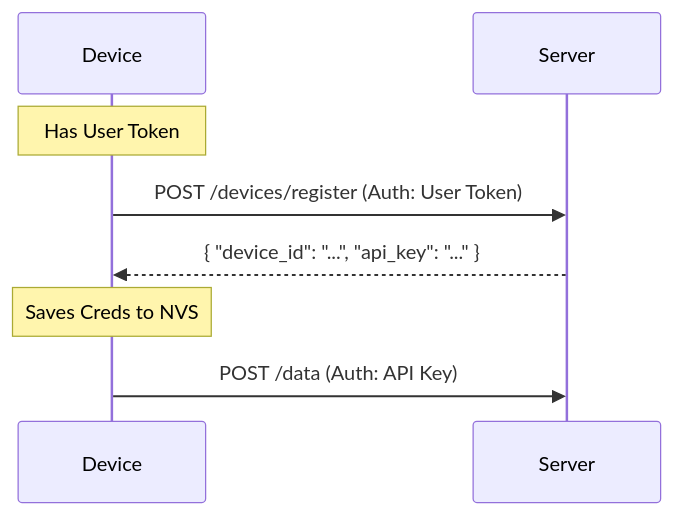
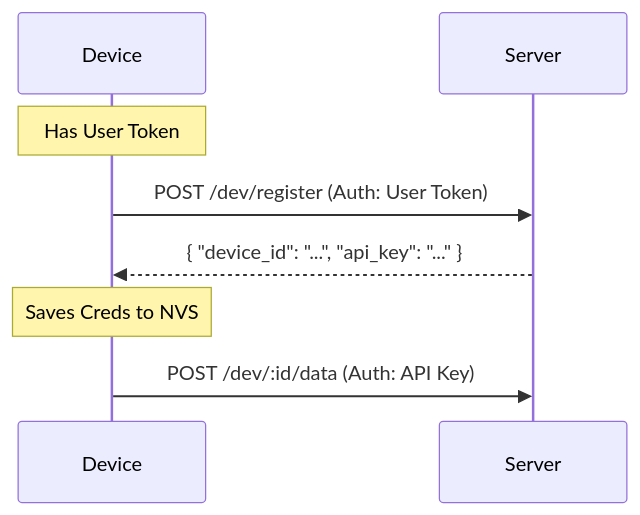
One commit to tevfik/datum-server changed the second of 3 diagrams in docs/guides/REGISTRATION.md. Above: the diagram before and after it, drawn with Mermaid. The commit also changed other lines of this file and 61 other files, not shown here.

````diff
--- a/docs/guides/REGISTRATION.md
+++ b/docs/guides/REGISTRATION.md
@@ -166,11 +166,11 @@
 ```mermaid
 sequenceDiagram
     participant Device
     participant Server
 
     Note over Device: Has User Token
-    Device->>Server: POST /devices/register (Auth: User Token)
+    Device->>Server: POST /dev/register (Auth: User Token)
     Server-->>Device: { "device_id": "...", "api_key": "..." }
     Note over Device: Saves Creds to NVS
-    Device->>Server: POST /data (Auth: API Key)
+    Device->>Server: POST /dev/:id/data (Auth: API Key)
 ```
````
